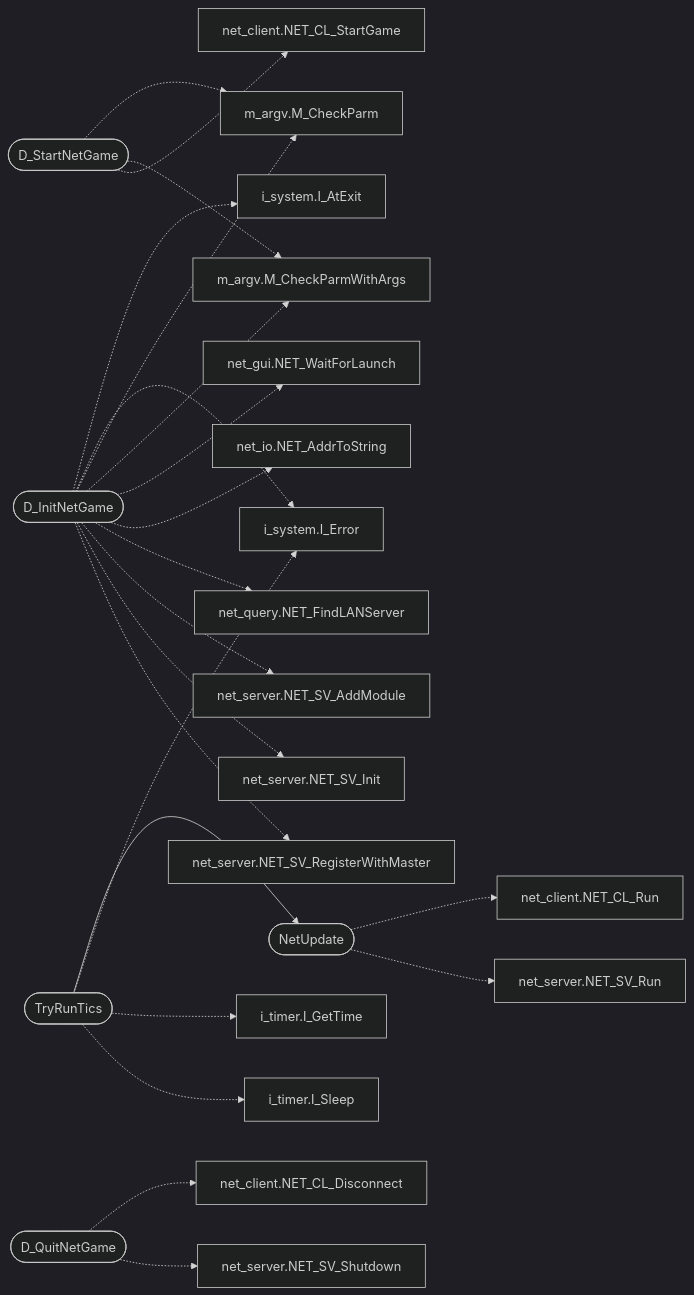
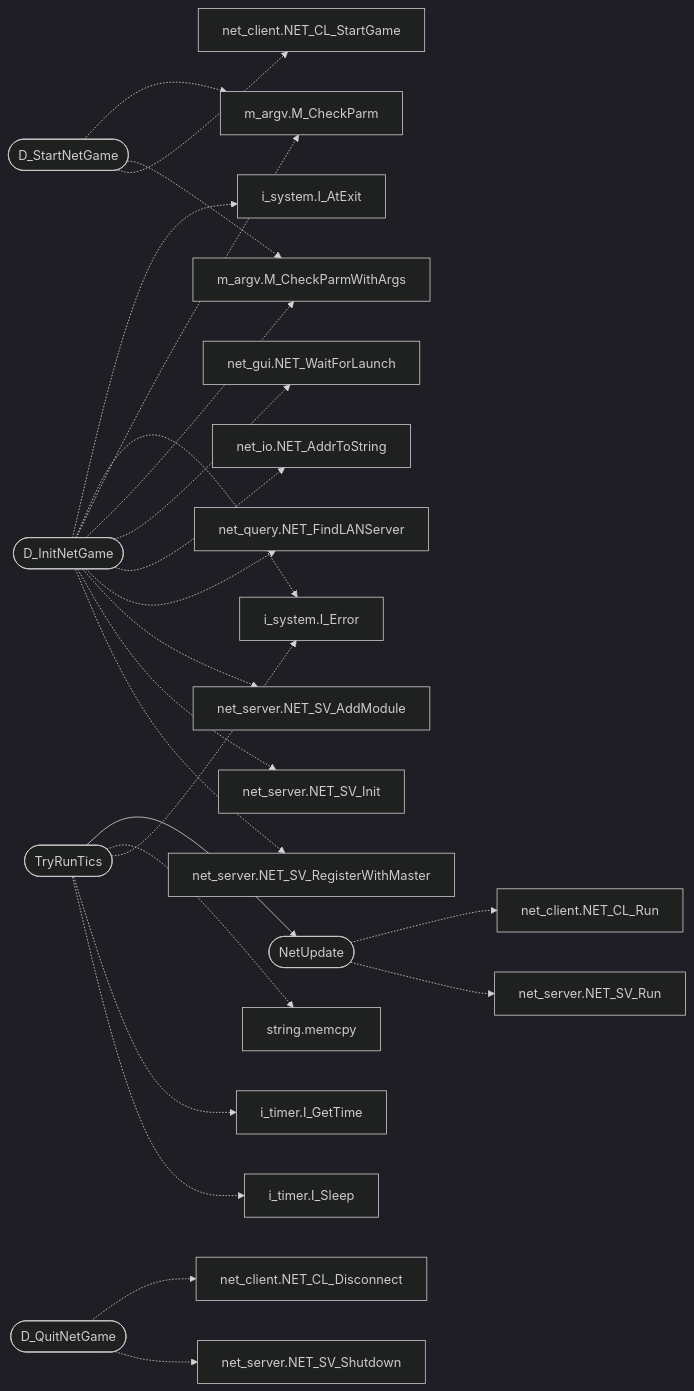
The diagram in readmenator-apidocs/modules/progs.doomgeneric.d_loop.c.md (grisuno/miniOS), drawn with Mermaid (dark theme) before and after one commit. The commit also changed other lines of this file and 222 other files, not shown here.

````diff
--- a/readmenator-apidocs/modules/progs.doomgeneric.d_loop.c.md
+++ b/readmenator-apidocs/modules/progs.doomgeneric.d_loop.c.md
@@ -18,46 +18,48 @@
 ```mermaid
 flowchart LR
     n_progs_doomgeneric_d_loop_c__TryRunTics(["TryRunTics"])
     n_progs_doomgeneric_d_loop_c__NetUpdate(["NetUpdate"])
     n_progs_doomgeneric_net_client_h__NET_CL_Run["net_client.NET_CL_Run"]
     n_progs_doomgeneric_net_server_h__NET_SV_Run["net_server.NET_SV_Run"]
     n_progs_doomgeneric_d_loop_c__D_StartNetGame(["D_StartNetGame"])
     n_progs_doomgeneric_m_argv_h__M_CheckParm["m_argv.M_CheckParm"]
     n_progs_doomgeneric_m_argv_h__M_CheckParmWithArgs["m_argv.M_CheckParmWithArgs"]
     n_progs_doomgeneric_net_client_h__NET_CL_StartGame["net_client.NET_CL_StartGame"]
     n_progs_doomgeneric_d_loop_c__D_InitNetGame(["D_InitNetGame"])
     n_progs_doomgeneric_i_system_h__I_AtExit["i_system.I_AtExit"]
     n_progs_doomgeneric_i_system_h__I_Error["i_system.I_Error"]
     n_progs_doomgeneric_net_gui_h__NET_WaitForLaunch["net_gui.NET_WaitForLaunch"]
     n_progs_doomgeneric_net_io_h__NET_AddrToString["net_io.NET_AddrToString"]
     n_progs_doomgeneric_net_query_h__NET_FindLANServer["net_query.NET_FindLANServer"]
     n_progs_doomgeneric_net_server_h__NET_SV_AddModule["net_server.NET_SV_AddModule"]
     n_progs_doomgeneric_net_server_h__NET_SV_Init["net_server.NET_SV_Init"]
     n_progs_doomgeneric_net_server_h__NET_SV_RegisterWithMaster["net_server.NET_SV_RegisterWithMaster"]
     n_progs_doomgeneric_d_loop_c__D_QuitNetGame(["D_QuitNetGame"])
     n_progs_doomgeneric_net_client_h__NET_CL_Disconnect["net_client.NET_CL_Disconnect"]
     n_progs_doomgeneric_net_server_h__NET_SV_Shutdown["net_server.NET_SV_Shutdown"]
+    n_kernel_string_c__memcpy["string.memcpy"]
     n_progs_doomgeneric_i_timer_h__I_GetTime["i_timer.I_GetTime"]
     n_progs_doomgeneric_i_timer_h__I_Sleep["i_timer.I_Sleep"]
     n_progs_doomgeneric_d_loop_c__TryRunTics --> n_progs_doomgeneric_d_loop_c__NetUpdate
     n_progs_doomgeneric_d_loop_c__NetUpdate -.-> n_progs_doomgeneric_net_client_h__NET_CL_Run
     n_progs_doomgeneric_d_loop_c__NetUpdate -.-> n_progs_doomgeneric_net_server_h__NET_SV_Run
     n_progs_doomgeneric_d_loop_c__D_StartNetGame -.-> n_progs_doomgeneric_m_argv_h__M_CheckParm
     n_progs_doomgeneric_d_loop_c__D_StartNetGame -.-> n_progs_doomgeneric_m_argv_h__M_CheckParmWithArgs
     n_progs_doomgeneric_d_loop_c__D_StartNetGame -.-> n_progs_doomgeneric_net_client_h__NET_CL_StartGame
     n_progs_doomgeneric_d_loop_c__D_InitNetGame -.-> n_progs_doomgeneric_i_system_h__I_AtExit
     n_progs_doomgeneric_d_loop_c__D_InitNetGame -.-> n_progs_doomgeneric_i_system_h__I_Error
     n_progs_doomgeneric_d_loop_c__D_InitNetGame -.-> n_progs_doomgeneric_m_argv_h__M_CheckParm
     n_progs_doomgeneric_d_loop_c__D_InitNetGame -.-> n_progs_doomgeneric_m_argv_h__M_CheckParmWithArgs
     n_progs_doomgeneric_d_loop_c__D_InitNetGame -.-> n_progs_doomgeneric_net_gui_h__NET_WaitForLaunch
     n_progs_doomgeneric_d_loop_c__D_InitNetGame -.-> n_progs_doomgeneric_net_io_h__NET_AddrToString
     n_progs_doomgeneric_d_loop_c__D_InitNetGame -.-> n_progs_doomgeneric_net_query_h__NET_FindLANServer
     n_progs_doomgeneric_d_loop_c__D_InitNetGame -.-> n_progs_doomgeneric_net_server_h__NET_SV_AddModule
     n_progs_doomgeneric_d_loop_c__D_InitNetGame -.-> n_progs_doomgeneric_net_server_h__NET_SV_Init
     n_progs_doomgeneric_d_loop_c__D_InitNetGame -.-> n_progs_doomgeneric_net_server_h__NET_SV_RegisterWithMaster
     n_progs_doomgeneric_d_loop_c__D_QuitNetGame -.-> n_progs_doomgeneric_net_client_h__NET_CL_Disconnect
     n_progs_doomgeneric_d_loop_c__D_QuitNetGame -.-> n_progs_doomgeneric_net_server_h__NET_SV_Shutdown
+    n_progs_doomgeneric_d_loop_c__TryRunTics -.-> n_kernel_string_c__memcpy
     n_progs_doomgeneric_d_loop_c__TryRunTics -.-> n_progs_doomgeneric_i_system_h__I_Error
     n_progs_doomgeneric_d_loop_c__TryRunTics -.-> n_progs_doomgeneric_i_timer_h__I_GetTime
     n_progs_doomgeneric_d_loop_c__TryRunTics -.-> n_progs_doomgeneric_i_timer_h__I_Sleep
 ```
````
